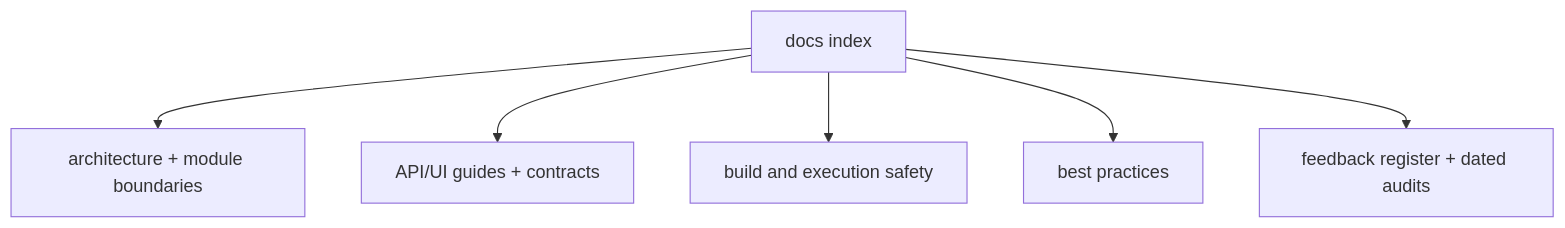
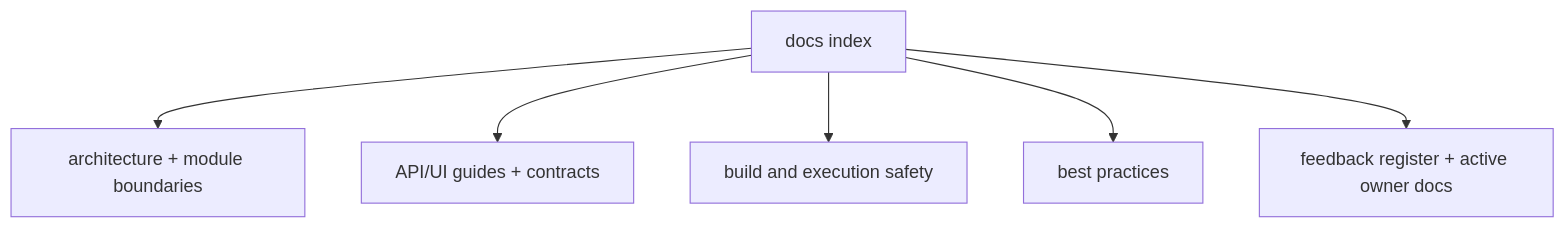
The first of 2 diagrams in docs/README.md (crististefanita/demo2), drawn with Mermaid before and after one commit. The commit also changed other lines of this file and 894 other files, not shown here.

````diff
--- a/docs/README.md
+++ b/docs/README.md
@@ -11,8 +24,8 @@
 ```mermaid
-flowchart TD
+flowchart TB
     Docs[docs index] --> Architecture[architecture + module boundaries]
     Docs --> Guides[API/UI guides + contracts]
     Docs --> Safety[build and execution safety]
     Docs --> Practices[best practices]
-    Docs --> Feedback[feedback register + dated audits]
+    Docs --> Feedback[feedback register + active owner docs]
 ```
````
